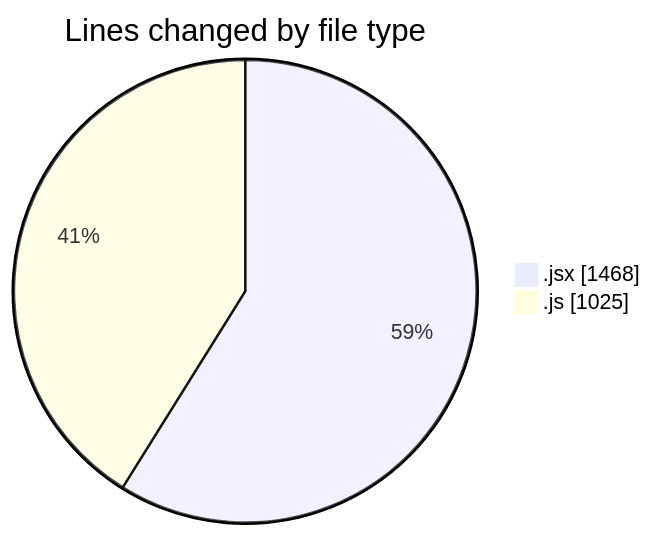
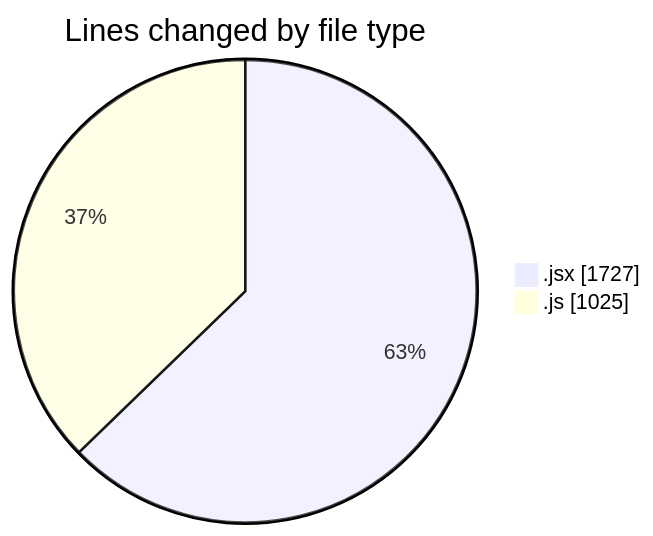
Before and after one commit to nxtqubesakshisongat/code-tracking: the first of 2 diagrams in 2025-08-04/nxtqube_webapp/README.md, drawn with Mermaid. The commit also changed other lines of this file and 1 other file, not shown here.

````diff
--- a/2025-08-04/nxtqube_webapp/README.md
+++ b/2025-08-04/nxtqube_webapp/README.md
@@ -24,6 +25,6 @@
 ```mermaid
 pie showData
 title Lines changed by file type
-".jsx" : 1468
+".jsx" : 1727
 ".js" : 1025
 ```
````
